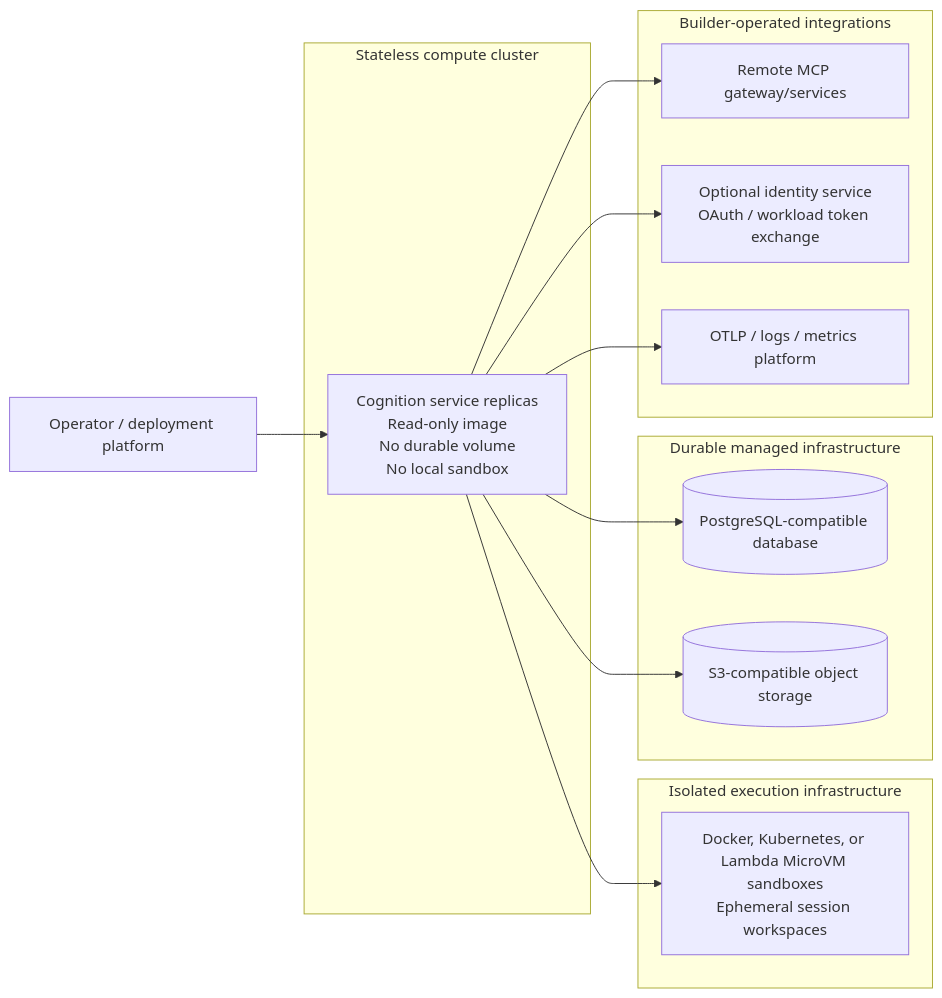
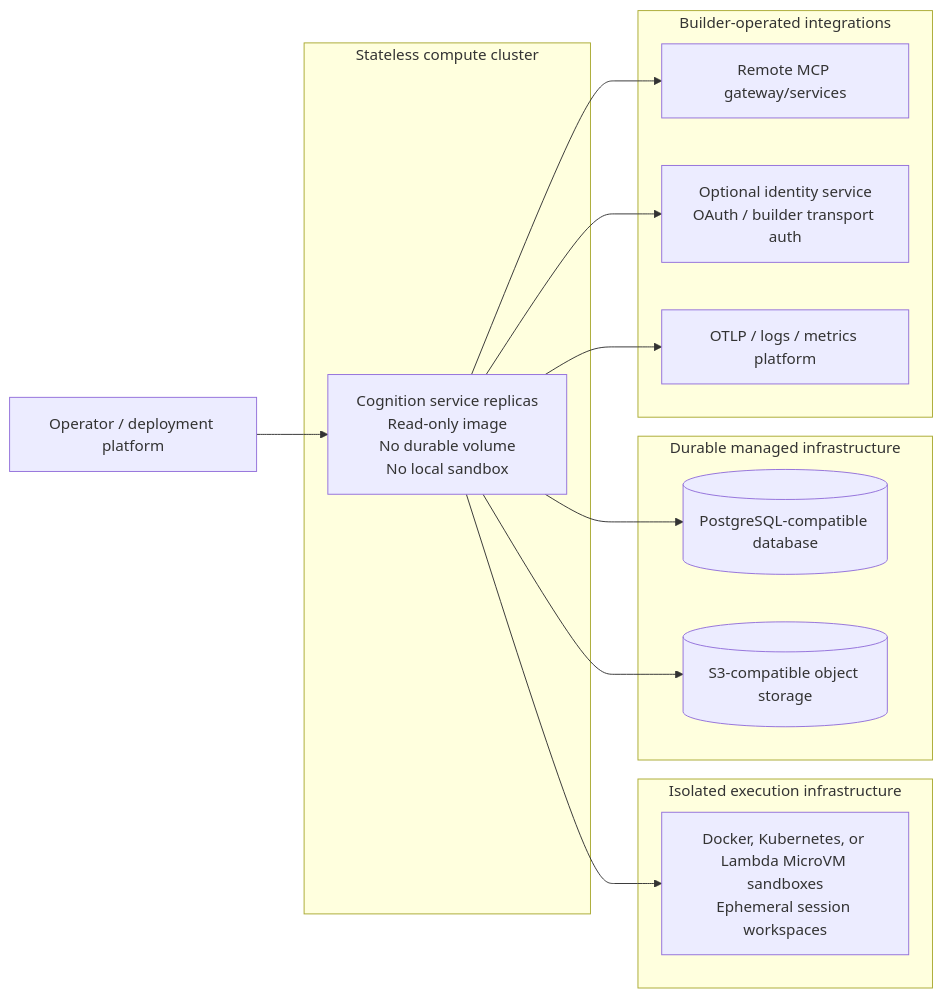
The sixth of 7 diagrams in docs/proposals/v0.14.0-deep-agents-skills-mcp-storage.md (CognicellAI/Cognition), drawn with Mermaid before and after one commit. The commit also changed other lines of this file and 1 other file, not shown here.

Commit message:
docs: clarify MCP outbound auth provider boundary

````diff
--- a/docs/proposals/v0.14.0-deep-agents-skills-mcp-storage.md
+++ b/docs/proposals/v0.14.0-deep-agents-skills-mcp-storage.md
@@ -300,31 +300,31 @@
 ```mermaid
 flowchart LR
     operator["Operator / deployment platform"]
 
     subgraph compute["Stateless compute cluster"]
         service["Cognition service replicas<br/>Read-only image<br/>No durable volume<br/>No local sandbox"]
     end
 
     subgraph execution["Isolated execution infrastructure"]
         sandboxes["Docker, Kubernetes, or Lambda MicroVM sandboxes<br/>Ephemeral session workspaces"]
     end
 
     subgraph data["Durable managed infrastructure"]
         postgres[("PostgreSQL-compatible database")]
         object_store[("S3-compatible object storage")]
     end
 
     subgraph integrations["Builder-operated integrations"]
         mcp_gateway["Remote MCP gateway/services"]
-        identity["Optional identity service<br/>OAuth / workload token exchange"]
+        identity["Optional identity service<br/>OAuth / builder transport auth"]
         observability["OTLP / logs / metrics platform"]
     end
 
     operator --> service
     service --> postgres
     service --> object_store
     service --> sandboxes
     service --> mcp_gateway
     service --> identity
     service --> observability
 ```
````
